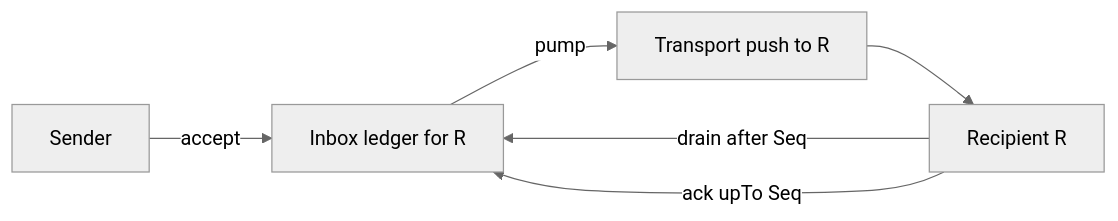
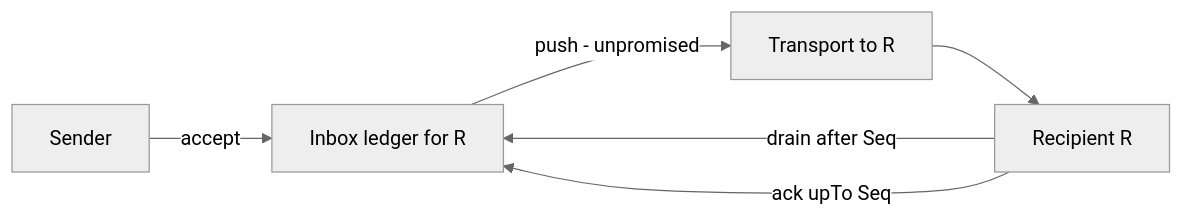
Before and after one commit to chughtapan/moltzap: the diagram in v2/docs/spec/interfaces/mailbox.mdx, drawn with Mermaid (neutral theme). The commit also changed other lines of this file and 13 other files, not shown here.

````diff
--- a/v2/docs/spec/interfaces/mailbox.mdx
+++ b/v2/docs/spec/interfaces/mailbox.mdx
@@ -14,8 +14,8 @@
 ```mermaid
 graph LR
     S[Sender] -- accept --> L[Inbox ledger for R]
-    L -- pump --> T[Transport push to R]
+    L -- push - unpromised --> T[Transport to R]
     T --> R[Recipient R]
     R -- drain after Seq --> L
     R -- ack upTo Seq --> L
 ```
````
